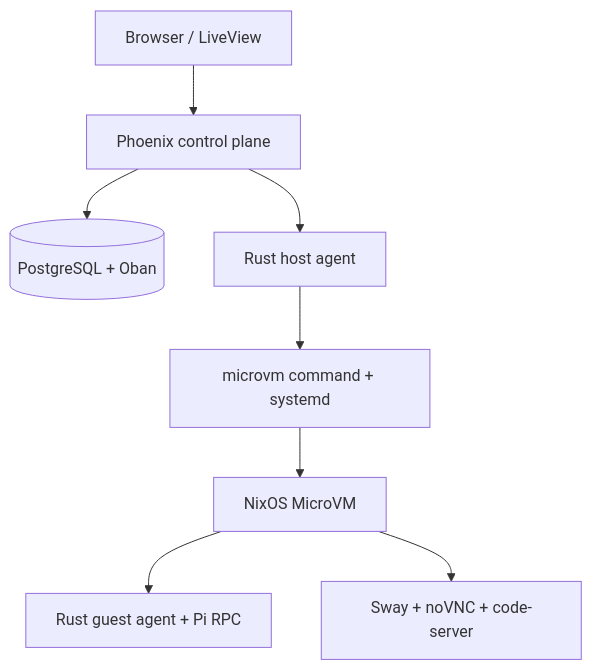
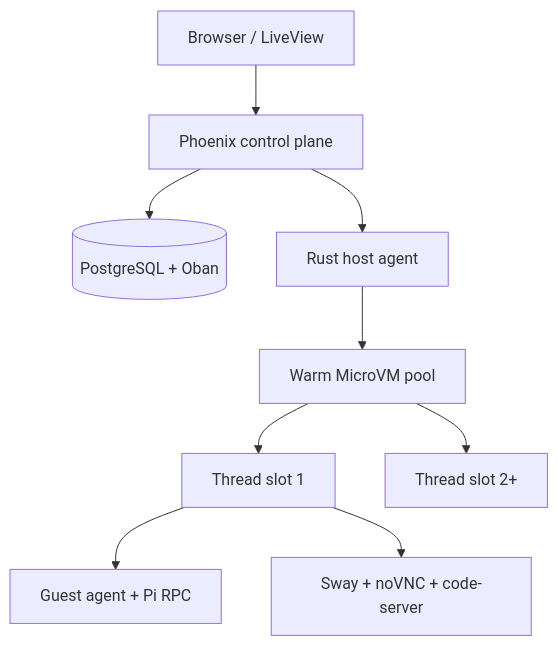
The diagram in workbench/README.md (khuedoan/playground), drawn with Mermaid before and after one commit. The commit also changed other lines of this file and 2 other files, not shown here.

````diff
--- a/workbench/README.md
+++ b/workbench/README.md
@@ -24,10 +26,11 @@
 ```mermaid
 flowchart TD
     B["Browser / LiveView"] --> P["Phoenix control plane"]
     P --> DB[("PostgreSQL + Oban")]
     P --> H["Rust host agent"]
-    H --> M["microvm command + systemd"]
-    M --> V["NixOS MicroVM"]
-    V --> G["Rust guest agent + Pi RPC"]
-    V --> UI["Sway + noVNC + code-server"]
+    H --> W["Warm MicroVM pool"]
+    W --> V1["Thread slot 1"]
+    W --> V2["Thread slot 2+"]
+    V1 --> G["Guest agent + Pi RPC"]
+    V1 --> UI["Sway + noVNC + code-server"]
 ```
````
